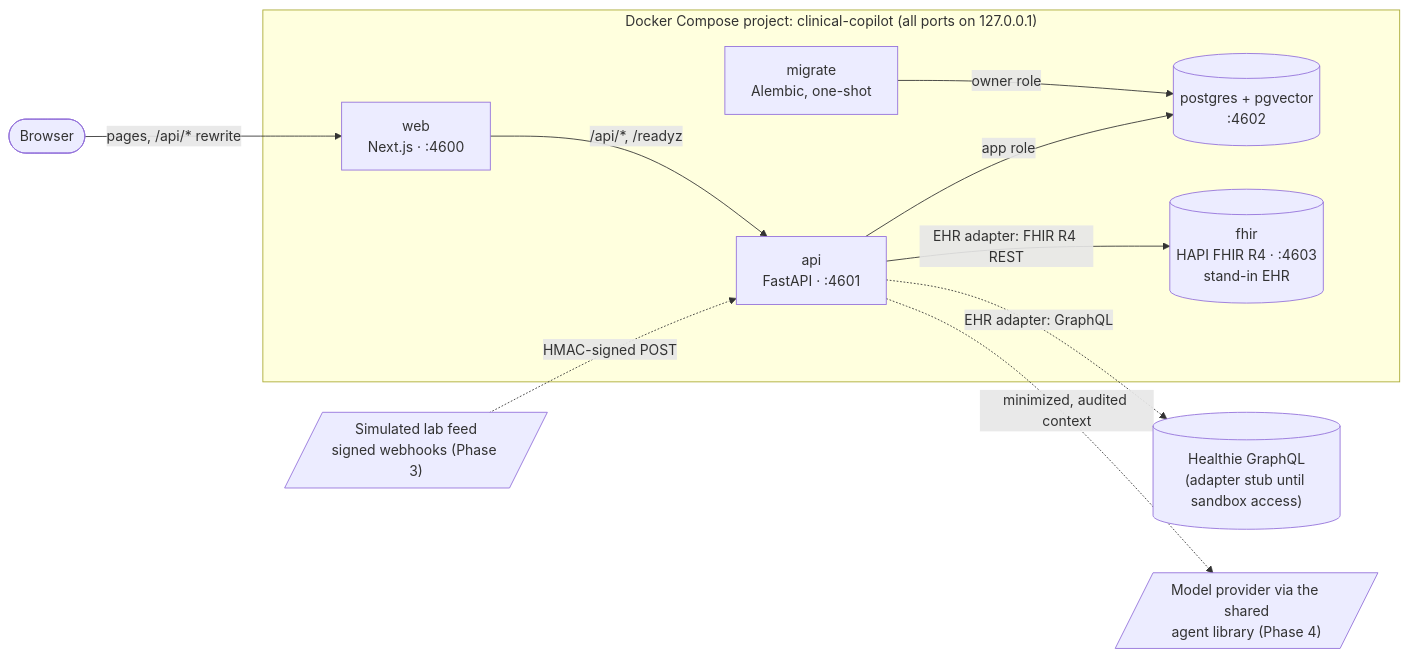
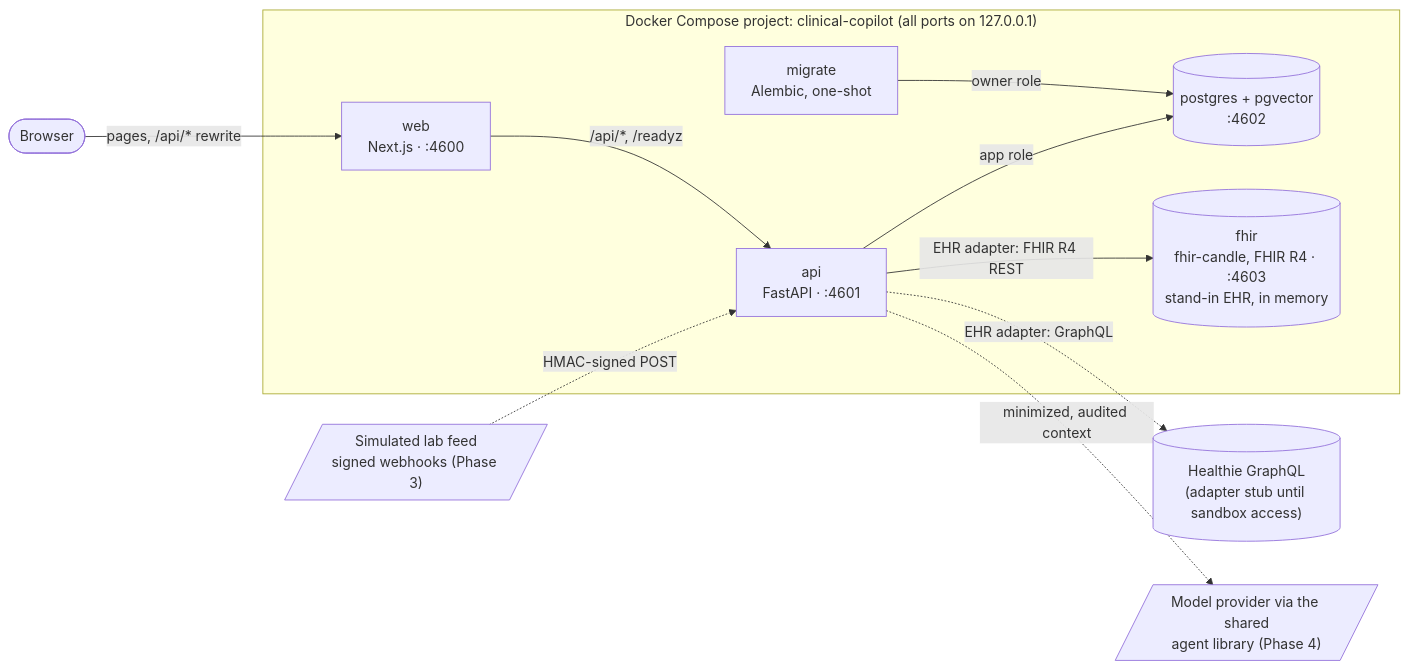
One commit to AOX-LLC/clinical-copilot changed the first of 2 diagrams in docs/architecture.md. Above: the diagram before and after it, drawn with Mermaid. The commit also changed other lines of this file and 4 other files, not shown here.

First line of the commit message:
Choose fhir-candle over HAPI FHIR by measurement

````diff
--- a/docs/architecture.md
+++ b/docs/architecture.md
@@ -9,23 +9,23 @@
 ```mermaid
 flowchart LR
     browser([Browser])
     subgraph stack["Docker Compose project: clinical-copilot (all ports on 127.0.0.1)"]
         web["web<br/>Next.js · :4600"]
         api["api<br/>FastAPI · :4601"]
         migrate["migrate<br/>Alembic, one-shot"]
         db[("postgres + pgvector<br/>:4602")]
-        fhir[("fhir<br/>HAPI FHIR R4 · :4603<br/>stand-in EHR")]
+        fhir[("fhir<br/>fhir-candle, FHIR R4 · :4603<br/>stand-in EHR, in memory")]
     end
     healthie[("Healthie GraphQL<br/>(adapter stub until sandbox access)")]
     labs[/"Simulated lab feed<br/>signed webhooks (Phase 3)"/]
     model[/"Model provider via the shared<br/>agent library (Phase 4)"/]
 
     browser -->|"pages, /api/* rewrite"| web
     web -->|"/api/*, /readyz"| api
     migrate -->|"owner role"| db
     api -->|"app role"| db
     api -->|"EHR adapter: FHIR R4 REST"| fhir
     api -.->|"EHR adapter: GraphQL"| healthie
     labs -.->|"HMAC-signed POST"| api
     api -.->|"minimized, audited context"| model
 ```
````
